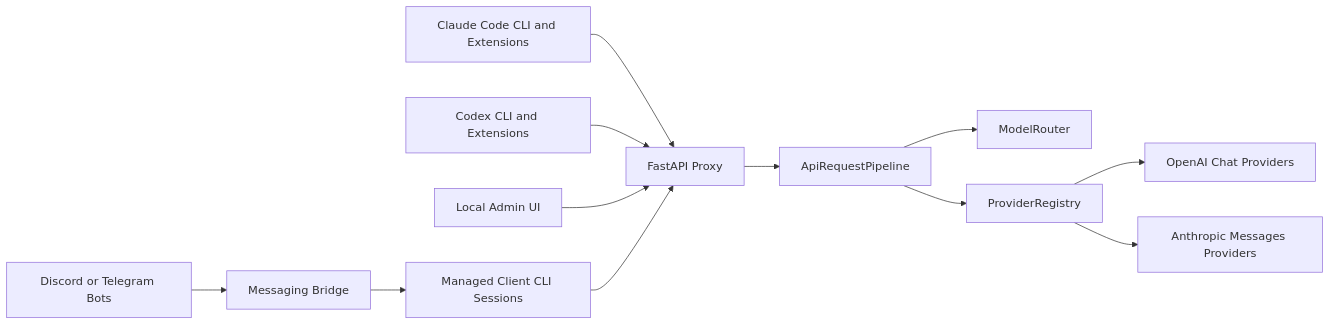
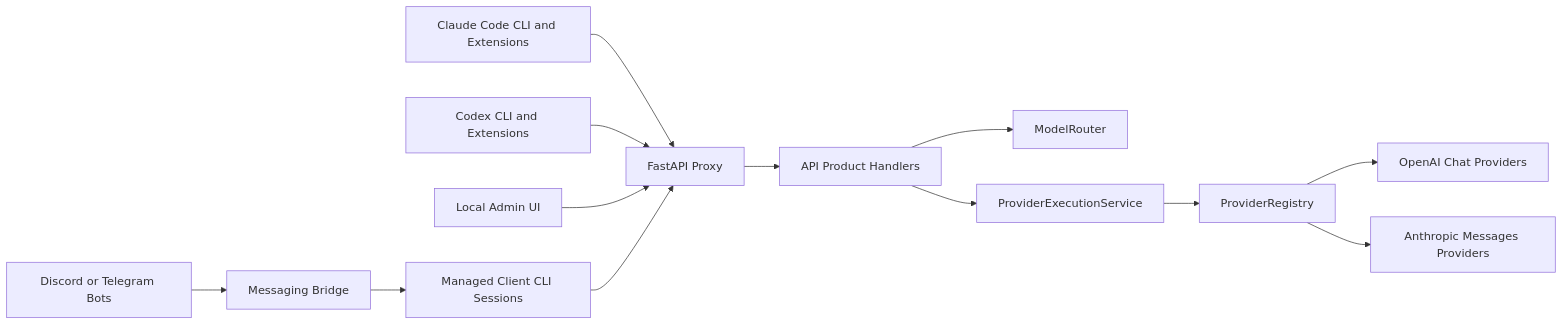
One commit to shinmentakezo07/shin07 changed the first of 3 diagrams in ARCHITECTURE.md. Above: the diagram before and after it, drawn with Mermaid. The commit also changed other lines of this file and 18 other files, not shown here.

Commit message:
Split API request handling by product surface (#923)

````diff
--- a/ARCHITECTURE.md
+++ b/ARCHITECTURE.md
@@ -27,14 +27,15 @@
 ```mermaid
 flowchart LR
     ClaudeCode[Claude Code CLI and Extensions] --> ProxyAPI[FastAPI Proxy]
     Codex[Codex CLI and Extensions] --> ProxyAPI
     AdminUI[Local Admin UI] --> ProxyAPI
     Bots[Discord or Telegram Bots] --> Messaging[Messaging Bridge]
     Messaging --> ClientCLI[Managed Client CLI Sessions]
     ClientCLI --> ProxyAPI
-    ProxyAPI --> Pipeline[ApiRequestPipeline]
-    Pipeline --> Router[ModelRouter]
-    Pipeline --> Providers[ProviderRegistry]
+    ProxyAPI --> Handlers[API Product Handlers]
+    Handlers --> Router[ModelRouter]
+    Handlers --> Executor[ProviderExecutionService]
+    Executor --> Providers[ProviderRegistry]
     Providers --> OpenAIChat[OpenAI Chat Providers]
     Providers --> NativeAnthropic[Anthropic Messages Providers]
 ```
````
